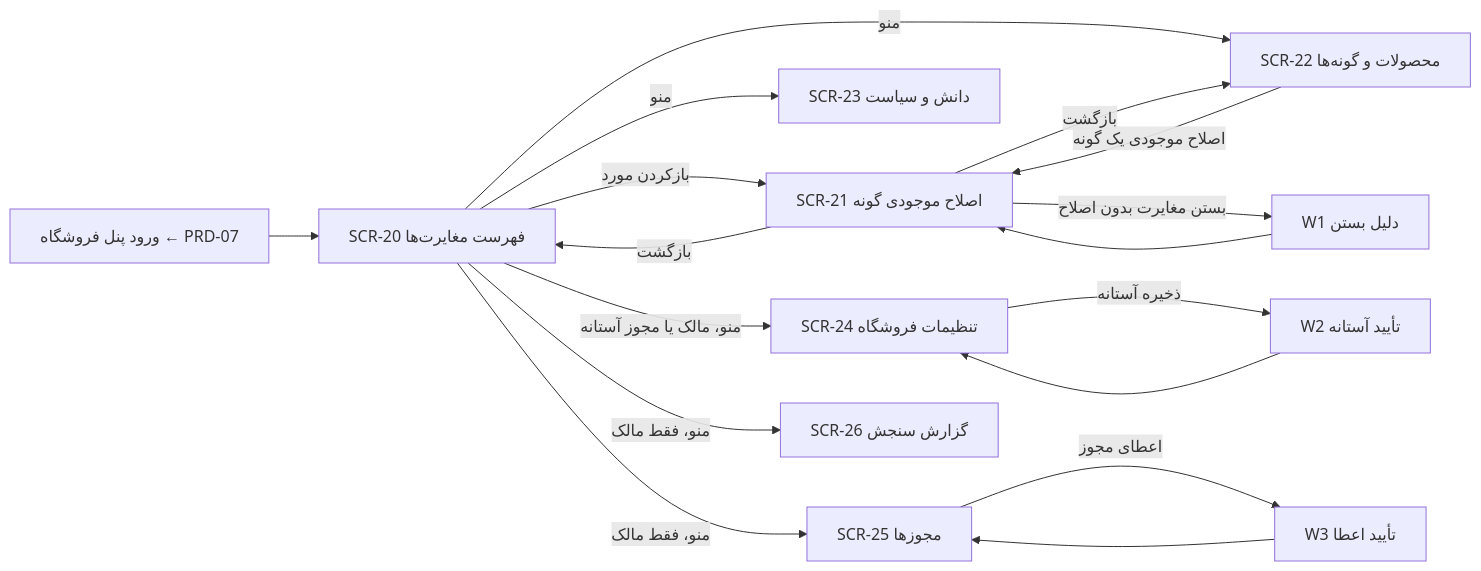
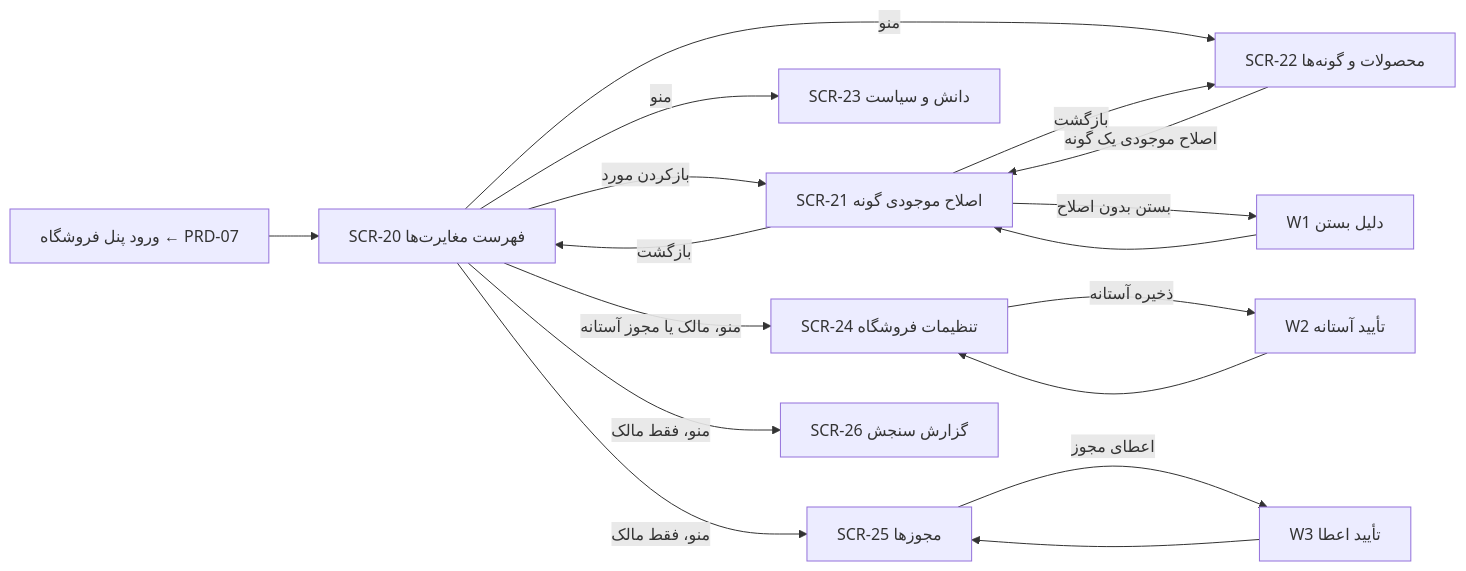
Before and after one commit to faatemehheydarii/customer-support-prd: the diagram in prd/03 - PRD Sections/PRD-05c - Store Management Panel.md, drawn with Mermaid. The commit also changed other lines of this file and 3 other files, not shown here.

````diff
--- a/prd/03 - PRD Sections/PRD-05c - Store Management Panel.md
+++ b/prd/03 - PRD Sections/PRD-05c - Store Management Panel.md
@@ -36,19 +36,19 @@
 ```mermaid
 flowchart LR
   L["ورود پنل فروشگاه ← PRD-07"] --> D["SCR-20 فهرست مغایرت‌ها"]
   D -- "بازکردن مورد" --> I["SCR-21 اصلاح موجودی گونه"]
   I -- "بازگشت" --> D
   D -- "منو" --> P["SCR-22 محصولات و گونه‌ها"]
   P -- "اصلاح موجودی یک گونه" --> I
   I -- "بازگشت" --> P
   D -- "منو" --> K["SCR-23 دانش و سیاست"]
   D -- "منو، مالک یا مجوز آستانه" --> S["SCR-24 تنظیمات فروشگاه"]
   D -- "منو، فقط مالک" --> R["SCR-25 مجوزها"]
   D -- "منو، فقط مالک" --> M["SCR-26 گزارش سنجش"]
-  I -- "بستن مغایرت بدون اصلاح" --> W1["W1 دلیل بستن"]
+  I -- "بستن بدون اصلاح" --> W1["W1 دلیل بستن"]
   W1 --> I
   S -- "ذخیره آستانه" --> W2["W2 تأیید آستانه"]
   W2 --> S
   R -- "اعطای مجوز" --> W3["W3 تأیید اعطا"]
   W3 --> R
 ```
````
